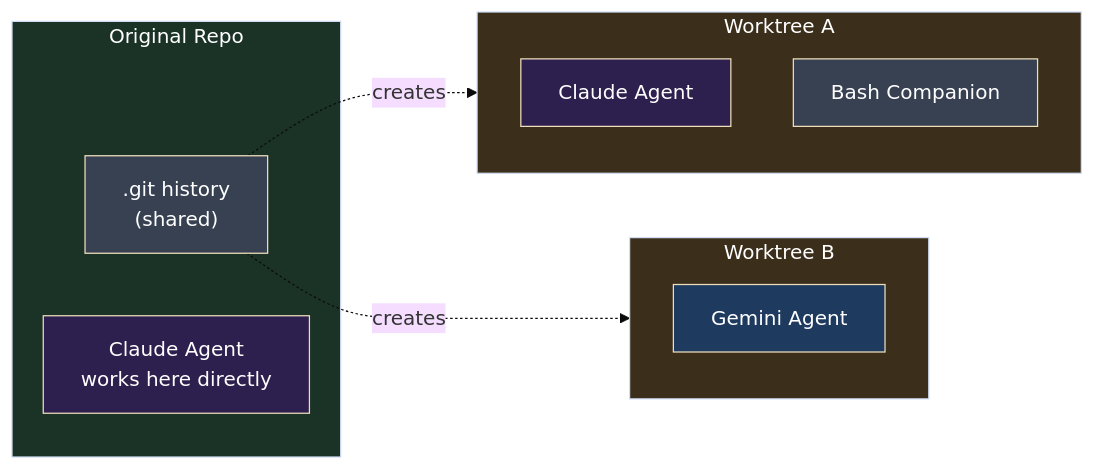
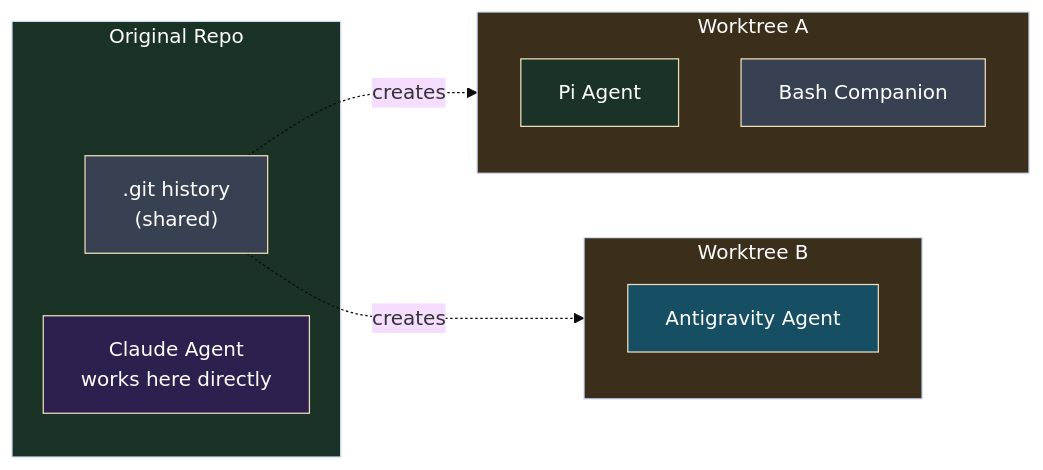
The third of 3 diagrams in README.md (dustinblack/agent-dashboard), drawn with Mermaid (base theme) before and after one commit. The commit also changed other lines of this file, not shown here.

First line of the commit message:
docs: update README for Pi, Antigravity, and tmux architecture (#97)

````diff
--- a/README.md
+++ b/README.md
@@ -416,28 +419,28 @@
 ```mermaid
 graph LR
     subgraph REPO ["Original Repo"]
         GIT[".git history<br/>(shared)"]
         C1["Claude Agent<br/>works here directly"]
     end
 
     subgraph WT1 ["Worktree A"]
-        C2["Claude Agent"]
+        C2["Pi Agent"]
         B1["Bash Companion"]
     end
 
     subgraph WT2 ["Worktree B"]
-        G1["Gemini Agent"]
+        G1["Antigravity Agent"]
     end
 
     GIT -.->|"creates"| WT1
     GIT -.->|"creates"| WT2
 
     style GIT fill:#374151,color:#fff
     style C1 fill:#2d1f4e,color:#fff
-    style C2 fill:#2d1f4e,color:#fff
+    style C2 fill:#1a3326,color:#fff
     style B1 fill:#374151,color:#fff
-    style G1 fill:#1e3a5f,color:#fff
+    style G1 fill:#164e63,color:#fff
     style REPO fill:#1a3326,color:#fff
     style WT1 fill:#3b2e1a,color:#fff
     style WT2 fill:#3b2e1a,color:#fff
 ```
````
